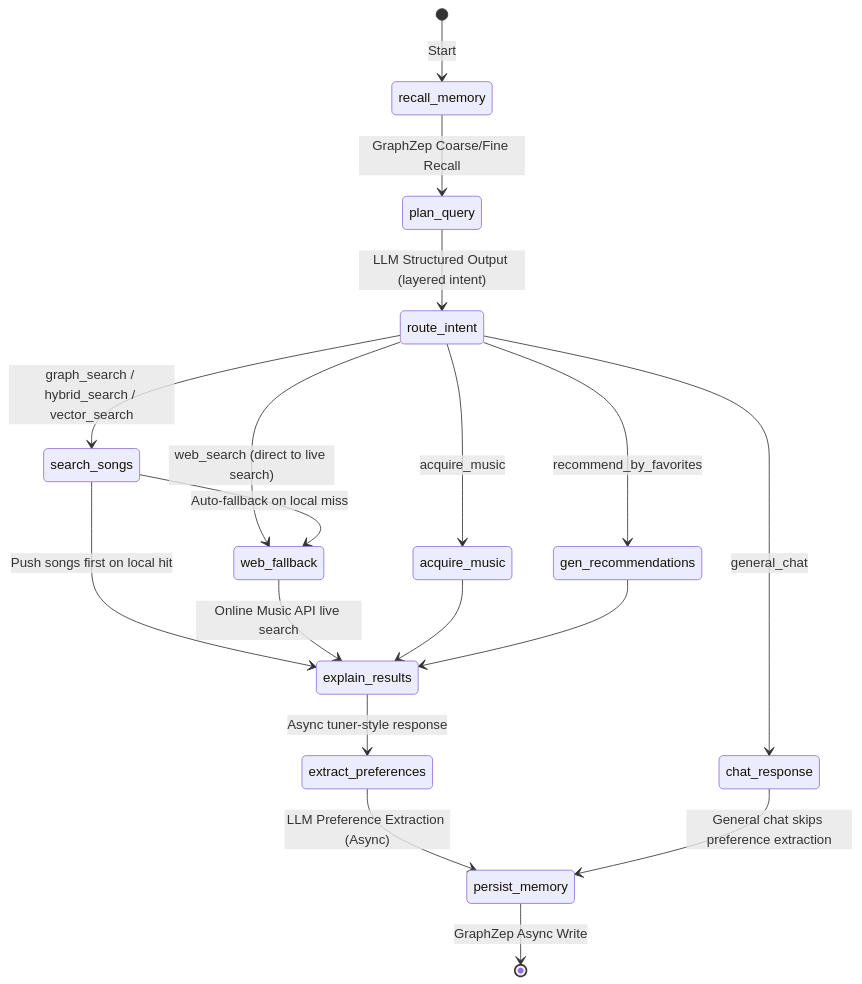
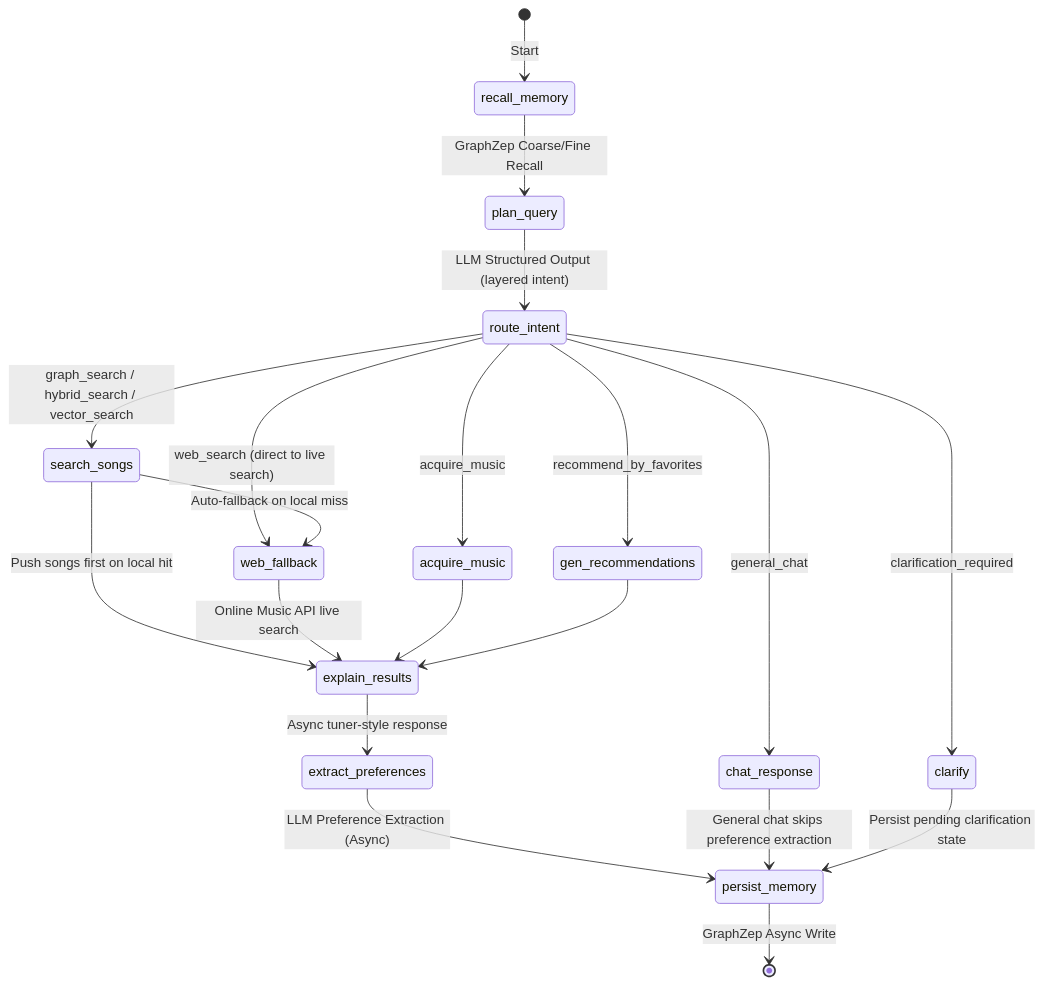
Before and after one commit to hgsanyang/SoulTuner-Agent: the first of 2 diagrams in README_EN.md, drawn with Mermaid. The commit also changed other lines of this file and 15 other files, not shown here.

Commit message:
feat: complete structured dst and clarification flow

````diff
--- a/README_EN.md
+++ b/README_EN.md
@@ -226,25 +226,27 @@
 ```mermaid
 stateDiagram-v2
     [*] --> recall_memory: Start
     recall_memory --> plan_query: GraphZep Coarse/Fine Recall
     plan_query --> route_intent: LLM Structured Output (layered intent)
 
     route_intent --> search_songs: graph_search / hybrid_search / vector_search
     route_intent --> web_fallback: web_search (direct to live search)
     route_intent --> chat_response: general_chat
     route_intent --> acquire_music: acquire_music
     route_intent --> gen_recommendations: recommend_by_favorites
+    route_intent --> clarify: clarification_required
 
     search_songs --> web_fallback: Auto-fallback on local miss
     search_songs --> explain_results: Push songs first on local hit
     web_fallback --> explain_results: Online Music API live search
     acquire_music --> explain_results
     gen_recommendations --> explain_results
 
     explain_results --> extract_preferences: Async tuner-style response
     extract_preferences --> persist_memory: LLM Preference Extraction (Async)
 
     chat_response --> persist_memory: General chat skips preference extraction
+    clarify --> persist_memory: Persist pending clarification state
 
     persist_memory --> [*]: GraphZep Async Write
 ```
````
